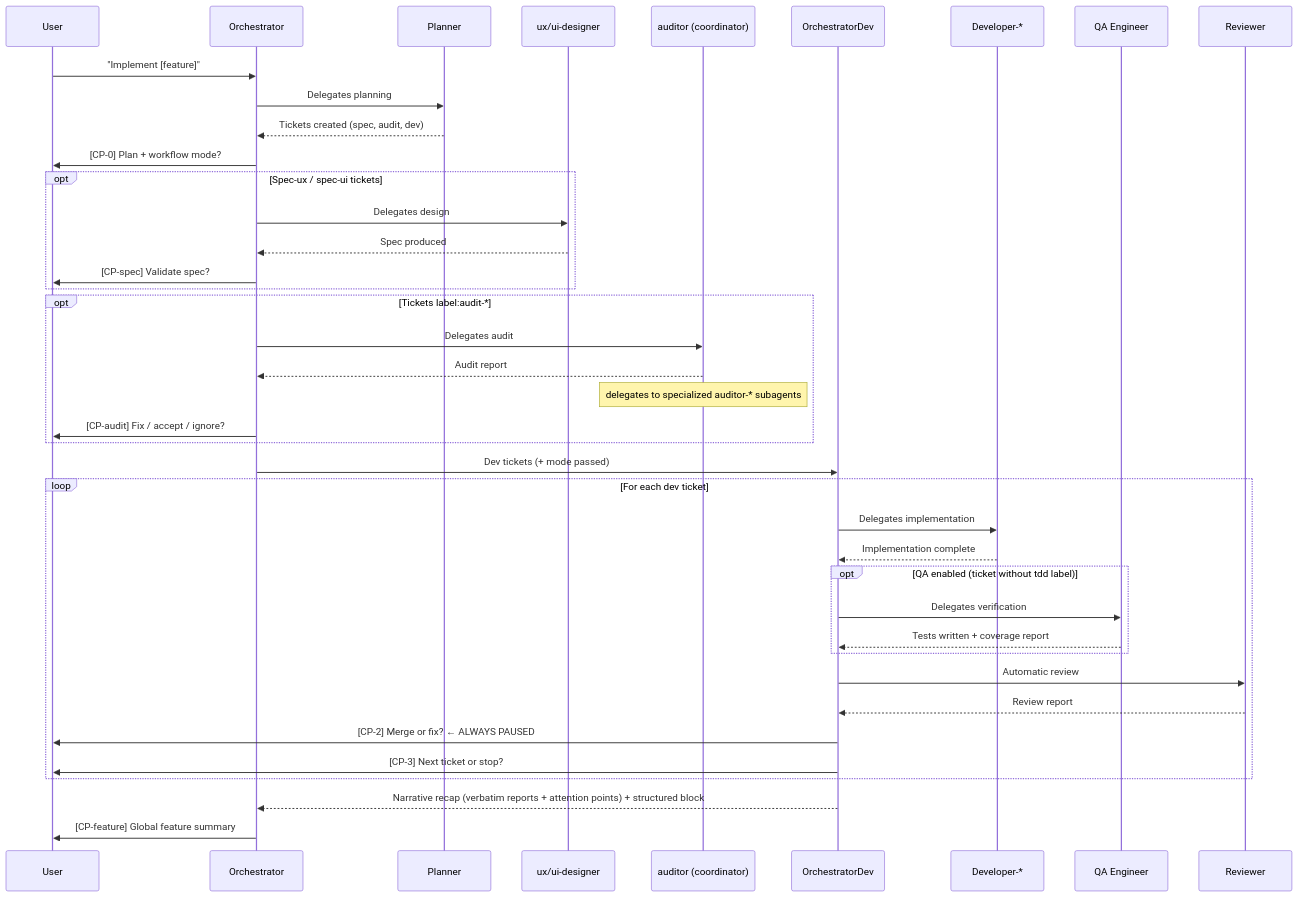
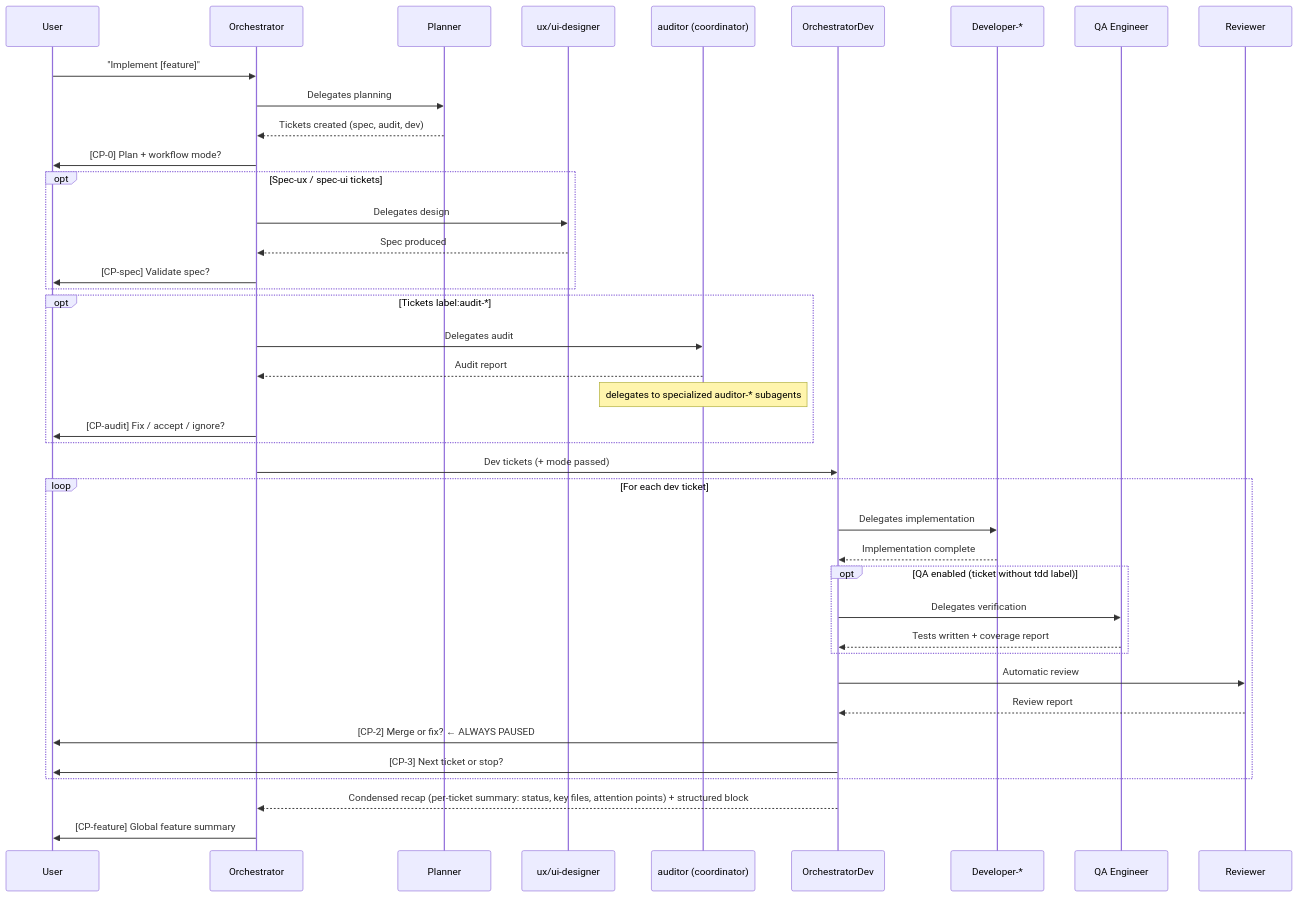
One commit to datichb/openhub changed the second of 3 diagrams in docs/architecture/overview.en.md. Above: the diagram before and after it, drawn with Mermaid. The commit also changed 16 other files, not shown here.

````diff
--- a/docs/architecture/overview.en.md
+++ b/docs/architecture/overview.en.md
@@ -92,47 +92,47 @@
 ```mermaid
 sequenceDiagram
     participant U as User
     participant O as Orchestrator
     participant PL as Planner
     participant DS as ux/ui-designer
     participant AU as auditor (coordinator)
     participant OD as OrchestratorDev
     participant DEV as Developer-*
     participant QA as QA Engineer
     participant R as Reviewer
 
     U->>O: "Implement [feature]"
     O->>PL: Delegates planning
     PL-->>O: Tickets created (spec, audit, dev)
     O->>U: [CP-0] Plan + workflow mode?
 
     opt Spec-ux / spec-ui tickets
         O->>DS: Delegates design
         DS-->>O: Spec produced
         O->>U: [CP-spec] Validate spec?
     end
 
     opt Tickets label:audit-*
         O->>AU: Delegates audit
         AU-->>O: Audit report
         Note over AU: delegates to specialized auditor-* subagents
         O->>U: [CP-audit] Fix / accept / ignore?
     end
 
     O->>OD: Dev tickets (+ mode passed)
     loop For each dev ticket
         OD->>DEV: Delegates implementation
         DEV-->>OD: Implementation complete
         opt QA enabled (ticket without tdd label)
             OD->>QA: Delegates verification
             QA-->>OD: Tests written + coverage report
         end
         OD->>R: Automatic review
         R-->>OD: Review report
         OD->>U: [CP-2] Merge or fix? ← ALWAYS PAUSED
         OD->>U: [CP-3] Next ticket or stop?
     end
-    OD-->>O: Narrative recap (verbatim reports + attention points) + structured block
+    OD-->>O: Condensed recap (per-ticket summary: status, key files, attention points) + structured block
 
     O->>U: [CP-feature] Global feature summary
 ```
````
